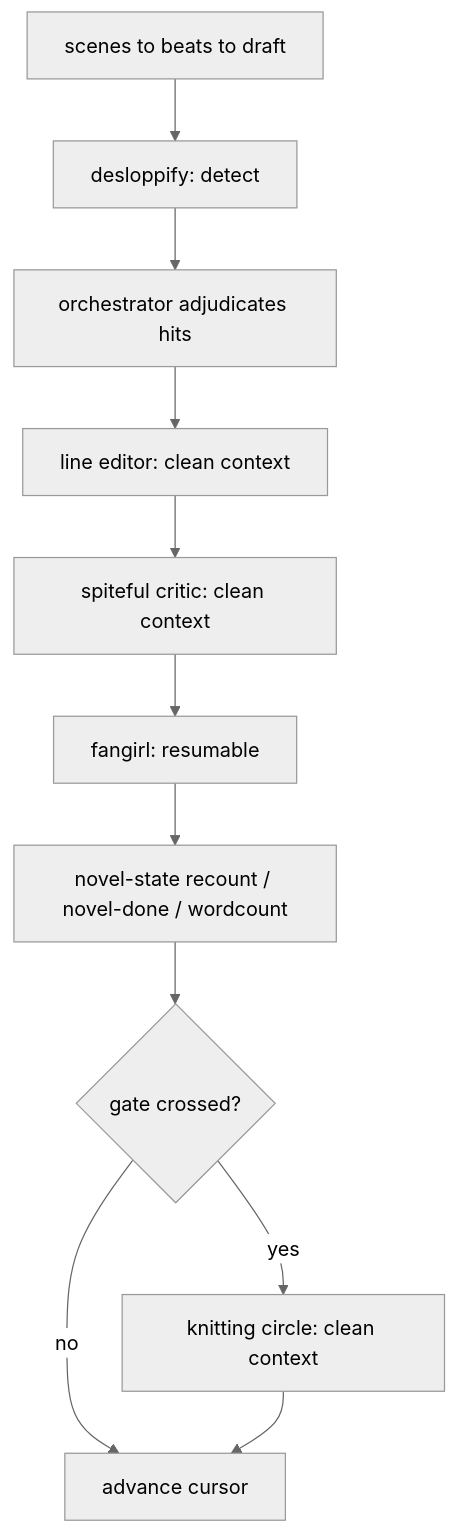
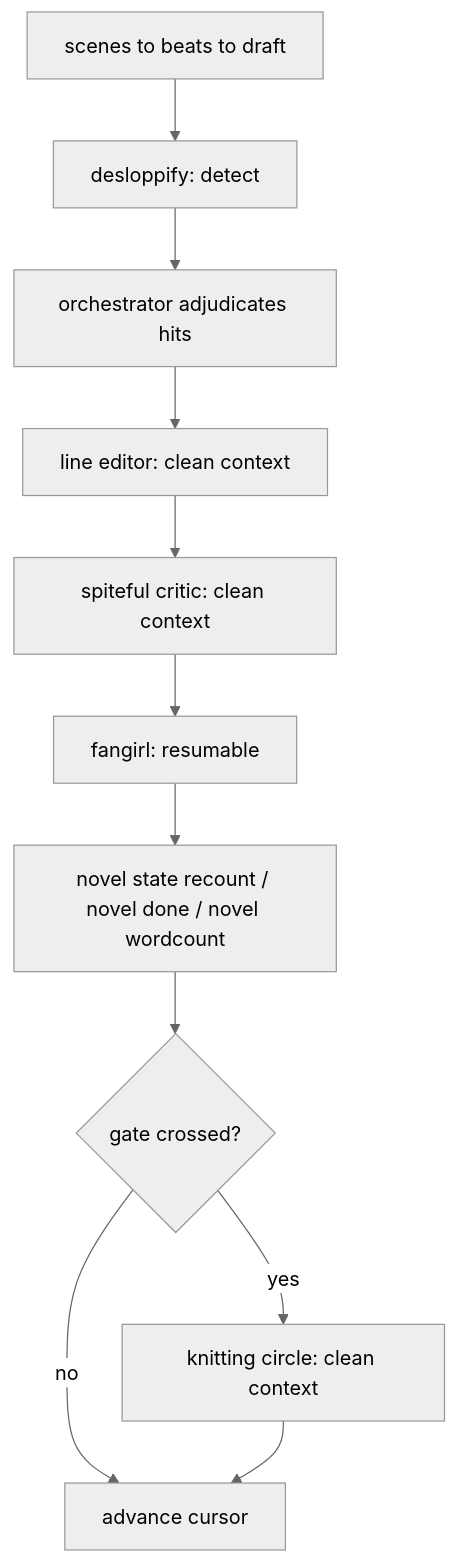
The third of 3 diagrams in docs/novel-ralph-harness-design.md (leynos/novel-ralph-skill), drawn with Mermaid (neutral theme) before and after one commit. The commit also changed other lines of this file and 4 other files, not shown here.

````diff
--- a/docs/novel-ralph-harness-design.md
+++ b/docs/novel-ralph-harness-design.md
@@ -798,13 +798,13 @@
 ```mermaid
 graph TD
     A[scenes to beats to draft] --> B[desloppify: detect]
     B --> C[orchestrator adjudicates hits]
     C --> D[line editor: clean context]
     D --> E[spiteful critic: clean context]
     E --> F[fangirl: resumable]
-    F --> G[novel-state recount / novel-done / wordcount]
+    F --> G[novel state recount / novel done / novel wordcount]
     G --> H{gate crossed?}
     H -->|yes| I[knitting circle: clean context]
     H -->|no| J[advance cursor]
     I --> J
 ```
````
